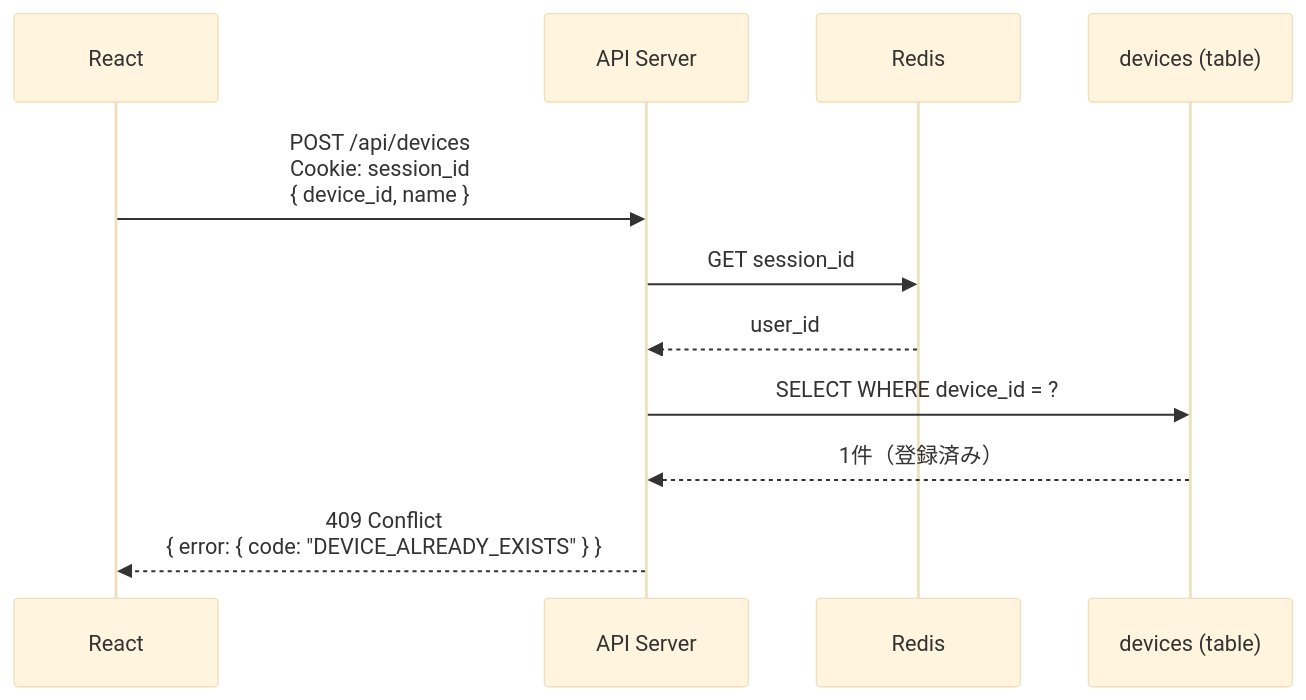
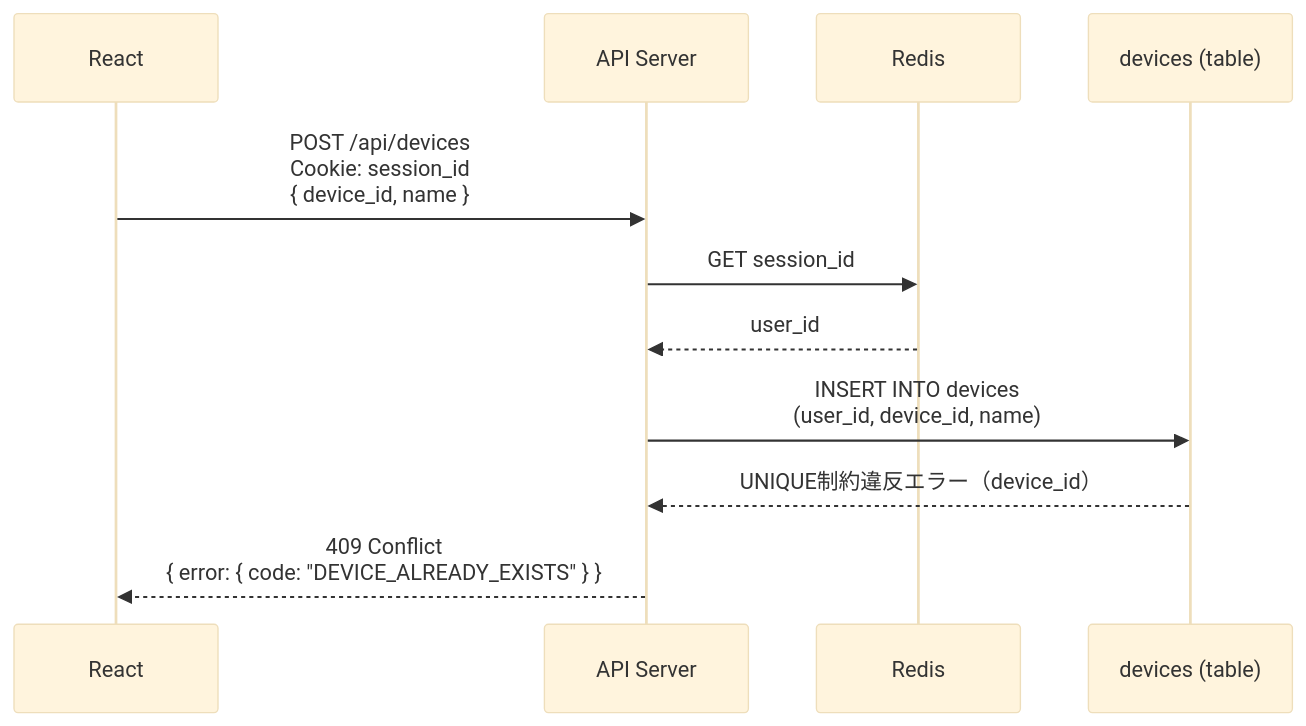
Before and after one commit to riaton/home-smart-factory: the sixth of 9 diagrams in docs/basic_design/sequence/デバイス管理.md, drawn with Mermaid (base theme). The commit also changed other lines of this file and 6 other files, not shown here.

````diff
--- a/docs/basic_design/sequence/デバイス管理.md
+++ b/docs/basic_design/sequence/デバイス管理.md
@@ -145,16 +142,16 @@
 ```mermaid
 sequenceDiagram
     participant React as React
     participant API as API Server
     participant Redis as Redis
     participant Devices as devices (table)
 
     React->>API: POST /api/devices<br/>Cookie: session_id<br/>{ device_id, name }
     API->>Redis: GET session_id
     Redis-->>API: user_id
 
-    API->>Devices: SELECT WHERE device_id = ?
-    Devices-->>API: 1件（登録済み）
+    API->>Devices: INSERT INTO devices<br/>(user_id, device_id, name)
+    Devices-->>API: UNIQUE制約違反エラー（device_id）
 
     API-->>React: 409 Conflict<br/>{ error: { code: "DEVICE_ALREADY_EXISTS" } }
 ```
````
